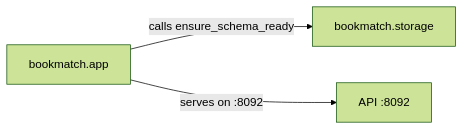
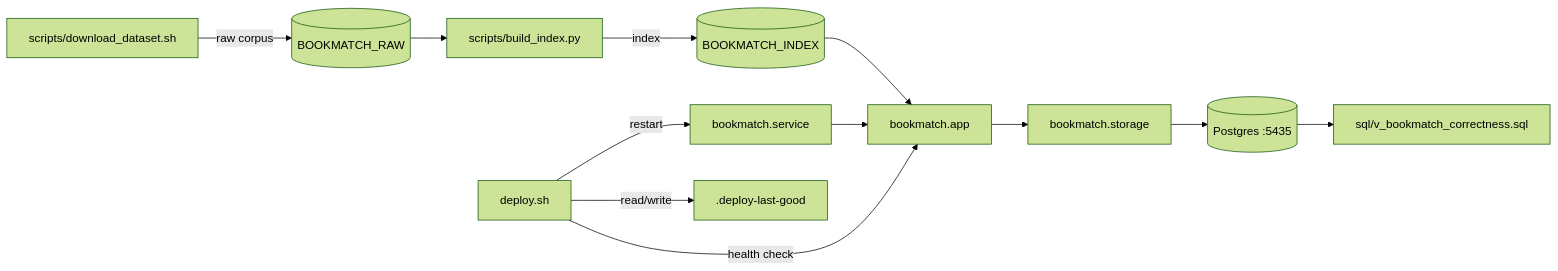
The diagram in docs/2_SYSTEM_ARCHITECTURE.md (cptntrps/bookmatch), drawn with Mermaid (forest theme) before and after one commit. The commit also changed other lines of this file and 5 other files, not shown here.

````diff
--- a/docs/2_SYSTEM_ARCHITECTURE.md
+++ b/docs/2_SYSTEM_ARCHITECTURE.md
@@ -38,5 +59,14 @@
 ```mermaid
 graph LR
-    app[bookmatch.app] -->|calls ensure_schema_ready| storage[bookmatch.storage]
-    app -->|serves on :8092| api[API :8092]
+    download[scripts/download_dataset.sh] -->|raw corpus| raw[(BOOKMATCH_RAW)]
+    raw --> build[scripts/build_index.py]
+    build -->|index| index[(BOOKMATCH_INDEX)]
+    index --> app[bookmatch.app]
+    app --> storage[bookmatch.storage]
+    storage --> pg[(Postgres :5435)]
+    pg --> correctness[sql/v_bookmatch_correctness.sql]
+    deploy[deploy.sh] -->|restart| service[bookmatch.service]
+    service --> app
+    deploy -->|health check| app
+    deploy -->|read/write| last_good[.deploy-last-good]
 ```
````
